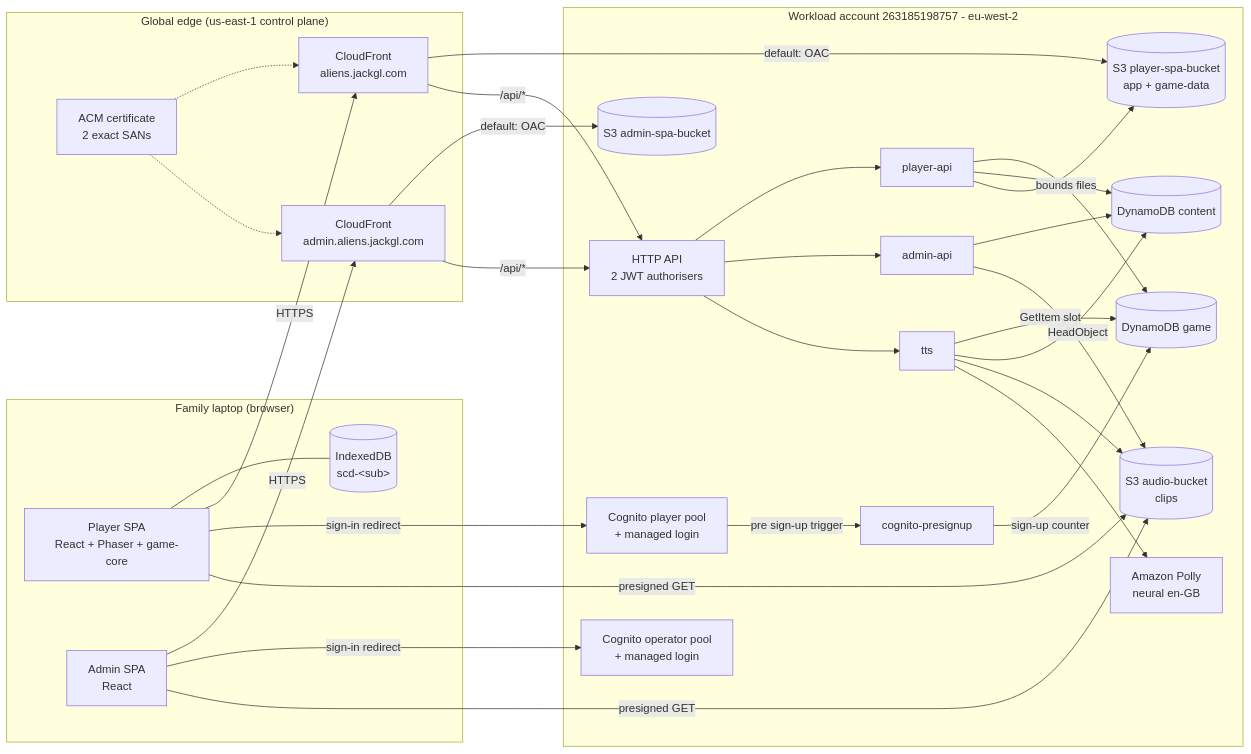
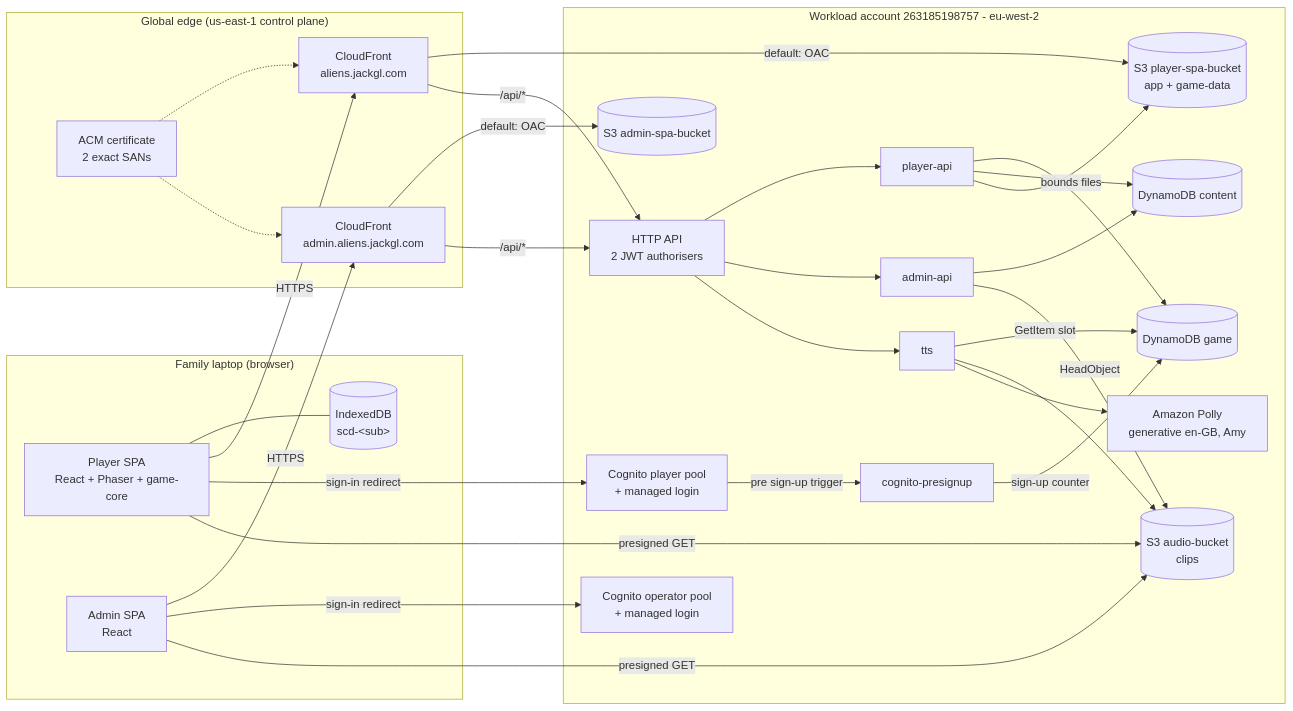
Before and after one commit to jacklavelle286/space-tower-defence: the first of 6 diagrams in docs/plan/E-architecture.md, drawn with Mermaid. The commit also changed other lines of this file and 6 other files, not shown here.

````diff
--- a/docs/plan/E-architecture.md
+++ b/docs/plan/E-architecture.md
@@ -23,58 +26,57 @@
 ```mermaid
 flowchart LR
   subgraph Laptop["Family laptop (browser)"]
     PA["Player SPA<br/>React + Phaser + game-core"]
     AA["Admin SPA<br/>React"]
     IDB[("IndexedDB<br/>scd-&lt;sub&gt;")]
     PA --- IDB
   end
 
   subgraph Edge["Global edge (us-east-1 control plane)"]
     CFP["CloudFront<br/>aliens.jackgl.com"]
     CFA["CloudFront<br/>admin.aliens.jackgl.com"]
     ACM["ACM certificate<br/>2 exact SANs"]
   end
 
   subgraph London["Workload account 263185198757 - eu-west-2"]
     S3P[("S3 player-spa-bucket<br/>app + game-data")]
     S3A[("S3 admin-spa-bucket")]
     API["HTTP API<br/>2 JWT authorisers"]
     LP["player-api"]
     LA["admin-api"]
     LT["tts"]
     LS["cognito-presignup"]
     CUP["Cognito player pool<br/>+ managed login"]
     COP["Cognito operator pool<br/>+ managed login"]
     DG[("DynamoDB game")]
     DC[("DynamoDB content")]
     S3AU[("S3 audio-bucket<br/>clips")]
-    POL["Amazon Polly<br/>neural en-GB"]
+    POL["Amazon Polly<br/>generative en-GB, Amy"]
   end
 
   PA -->|"HTTPS"| CFP
   AA -->|"HTTPS"| CFA
   CFP -->|"default: OAC"| S3P
   CFA -->|"default: OAC"| S3A
   CFP -->|"/api/*"| API
   CFA -->|"/api/*"| API
   PA -->|"sign-in redirect"| CUP
   AA -->|"sign-in redirect"| COP
   PA -->|"presigned GET"| S3AU
   AA -->|"presigned GET"| S3AU
   API --> LP
   API --> LA
   API --> LT
   CUP -->|"pre sign-up trigger"| LS
   LP --> DG
   LP --> DC
   LP -->|"bounds files"| S3P
   LA --> DC
   LA -->|"HeadObject"| S3AU
   LT -->|"GetItem slot"| DG
-  LT --> DC
   LT --> S3AU
   LT --> POL
   LS -->|"sign-up counter"| DG
   ACM -.-> CFP
   ACM -.-> CFA
 ```
````
